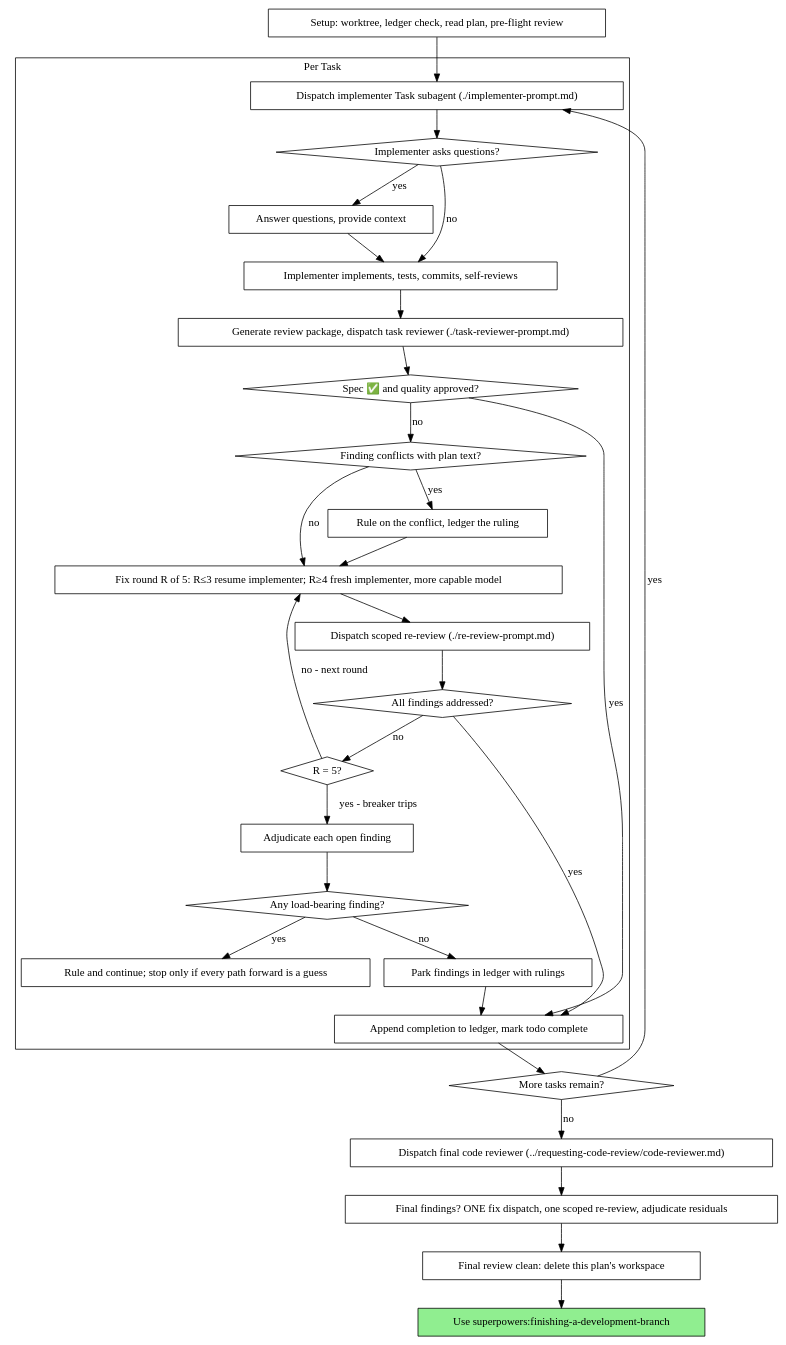
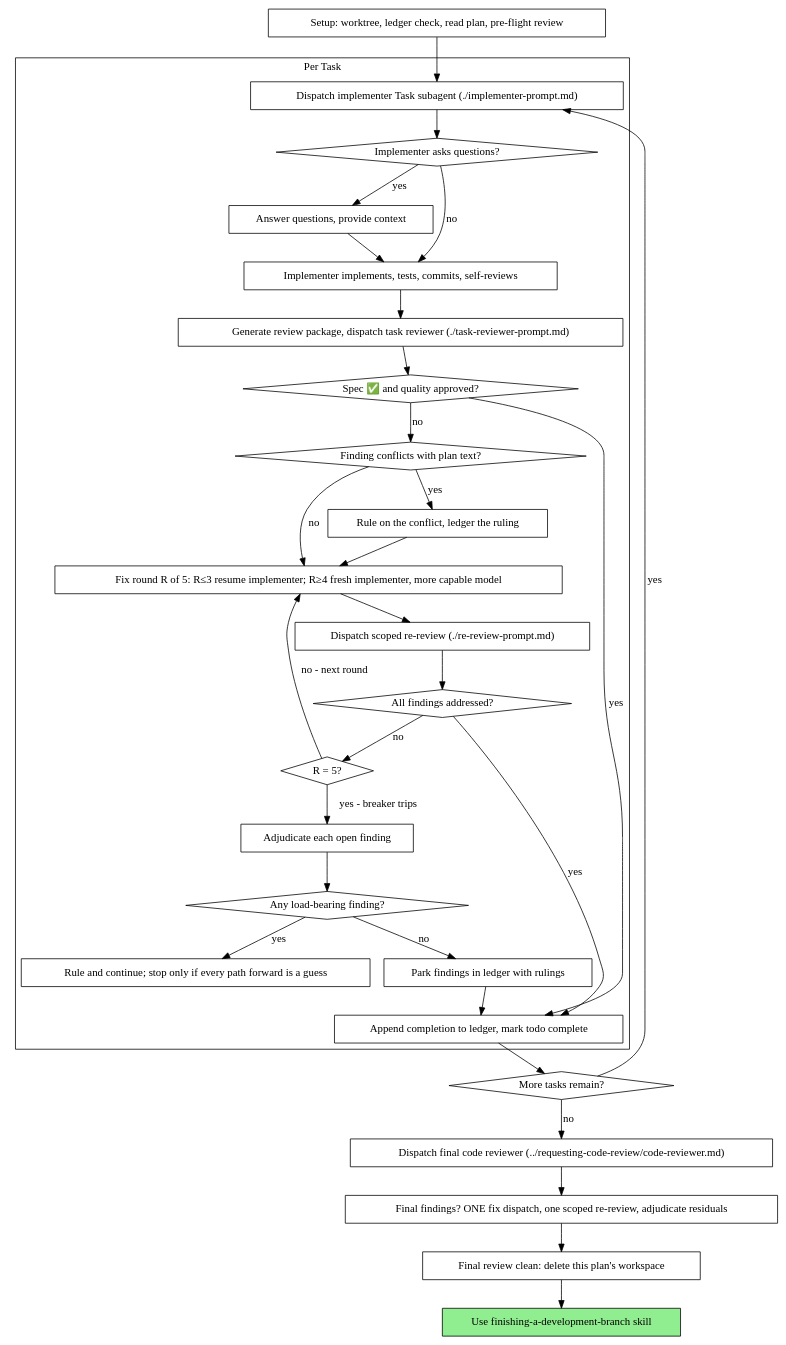
The second of 2 diagrams in .cursor/skills/subagent-driven-development/SKILL.md (Zuckuu/cursor-skills), drawn with Graphviz before and after one commit. The commit also changed other lines of this file and 6 other files, not shown here.

````diff
--- a/.cursor/skills/subagent-driven-development/SKILL.md
+++ b/.cursor/skills/subagent-driven-development/SKILL.md
@@ -61,62 +61,62 @@
 ```dot
 digraph process {
     rankdir=TB;
 
     subgraph cluster_per_task {
         label="Per Task";
         "Dispatch implementer Task subagent (./implementer-prompt.md)" [shape=box];
         "Implementer asks questions?" [shape=diamond];
         "Answer questions, provide context" [shape=box];
         "Implementer implements, tests, commits, self-reviews" [shape=box];
         "Generate review package, dispatch task reviewer (./task-reviewer-prompt.md)" [shape=box];
         "Spec ✅ and quality approved?" [shape=diamond];
         "Finding conflicts with plan text?" [shape=diamond];
         "Rule on the conflict, ledger the ruling" [shape=box];
         "Fix round R of 5: R≤3 resume implementer; R≥4 fresh implementer, more capable model" [shape=box];
         "Dispatch scoped re-review (./re-review-prompt.md)" [shape=box];
         "All findings addressed?" [shape=diamond];
         "R = 5?" [shape=diamond];
         "Adjudicate each open finding" [shape=box];
         "Any load-bearing finding?" [shape=diamond];
         "Rule and continue; stop only if every path forward is a guess" [shape=box];
         "Park findings in ledger with rulings" [shape=box];
         "Append completion to ledger, mark todo complete" [shape=box];
     }
 
     "Setup: worktree, ledger check, read plan, pre-flight review" [shape=box];
     "More tasks remain?" [shape=diamond];
     "Dispatch final code reviewer (../requesting-code-review/code-reviewer.md)" [shape=box];
     "Final findings? ONE fix dispatch, one scoped re-review, adjudicate residuals" [shape=box];
     "Final review clean: delete this plan's workspace" [shape=box];
-    "Use superpowers:finishing-a-development-branch" [shape=box style=filled fillcolor=lightgreen];
+    "Use finishing-a-development-branch skill" [shape=box style=filled fillcolor=lightgreen];
 
     "Setup: worktree, ledger check, read plan, pre-flight review" -> "Dispatch implementer Task subagent (./implementer-prompt.md)";
     "Dispatch implementer Task subagent (./implementer-prompt.md)" -> "Implementer asks questions?";
     "Implementer asks questions?" -> "Answer questions, provide context" [label="yes"];
     "Answer questions, provide context" -> "Implementer implements, tests, commits, self-reviews";
     "Implementer asks questions?" -> "Implementer implements, tests, commits, self-reviews" [label="no"];
     "Implementer implements, tests, commits, self-reviews" -> "Generate review package, dispatch task reviewer (./task-reviewer-prompt.md)";
     "Generate review package, dispatch task reviewer (./task-reviewer-prompt.md)" -> "Spec ✅ and quality approved?";
     "Spec ✅ and quality approved?" -> "Append completion to ledger, mark todo complete" [label="yes"];
     "Spec ✅ and quality approved?" -> "Finding conflicts with plan text?" [label="no"];
     "Finding conflicts with plan text?" -> "Rule on the conflict, ledger the ruling" [label="yes"];
     "Rule on the conflict, ledger the ruling" -> "Fix round R of 5: R≤3 resume implementer; R≥4 fresh implementer, more capable model";
     "Finding conflicts with plan text?" -> "Fix round R of 5: R≤3 resume implementer; R≥4 fresh implementer, more capable model" [label="no"];
     "Fix round R of 5: R≤3 resume implementer; R≥4 fresh implementer, more capable model" -> "Dispatch scoped re-review (./re-review-prompt.md)";
     "Dispatch scoped re-review (./re-review-prompt.md)" -> "All findings addressed?";
     "All findings addressed?" -> "Append completion to ledger, mark todo complete" [label="yes"];
     "All findings addressed?" -> "R = 5?" [label="no"];
     "R = 5?" -> "Fix round R of 5: R≤3 resume implementer; R≥4 fresh implementer, more capable model" [label="no - next round"];
     "R = 5?" -> "Adjudicate each open finding" [label="yes - breaker trips"];
     "Adjudicate each open finding" -> "Any load-bearing finding?";
     "Any load-bearing finding?" -> "Rule and continue; stop only if every path forward is a guess" [label="yes"];
     "Any load-bearing finding?" -> "Park findings in ledger with rulings" [label="no"];
     "Park findings in ledger with rulings" -> "Append completion to ledger, mark todo complete";
     "Append completion to ledger, mark todo complete" -> "More tasks remain?";
     "More tasks remain?" -> "Dispatch implementer Task subagent (./implementer-prompt.md)" [label="yes"];
     "More tasks remain?" -> "Dispatch final code reviewer (../requesting-code-review/code-reviewer.md)" [label="no"];
     "Dispatch final code reviewer (../requesting-code-review/code-reviewer.md)" -> "Final findings? ONE fix dispatch, one scoped re-review, adjudicate residuals";
     "Final findings? ONE fix dispatch, one scoped re-review, adjudicate residuals" -> "Final review clean: delete this plan's workspace";
-    "Final review clean: delete this plan's workspace" -> "Use superpowers:finishing-a-development-branch";
+    "Final review clean: delete this plan's workspace" -> "Use finishing-a-development-branch skill";
 }
 ```
````
